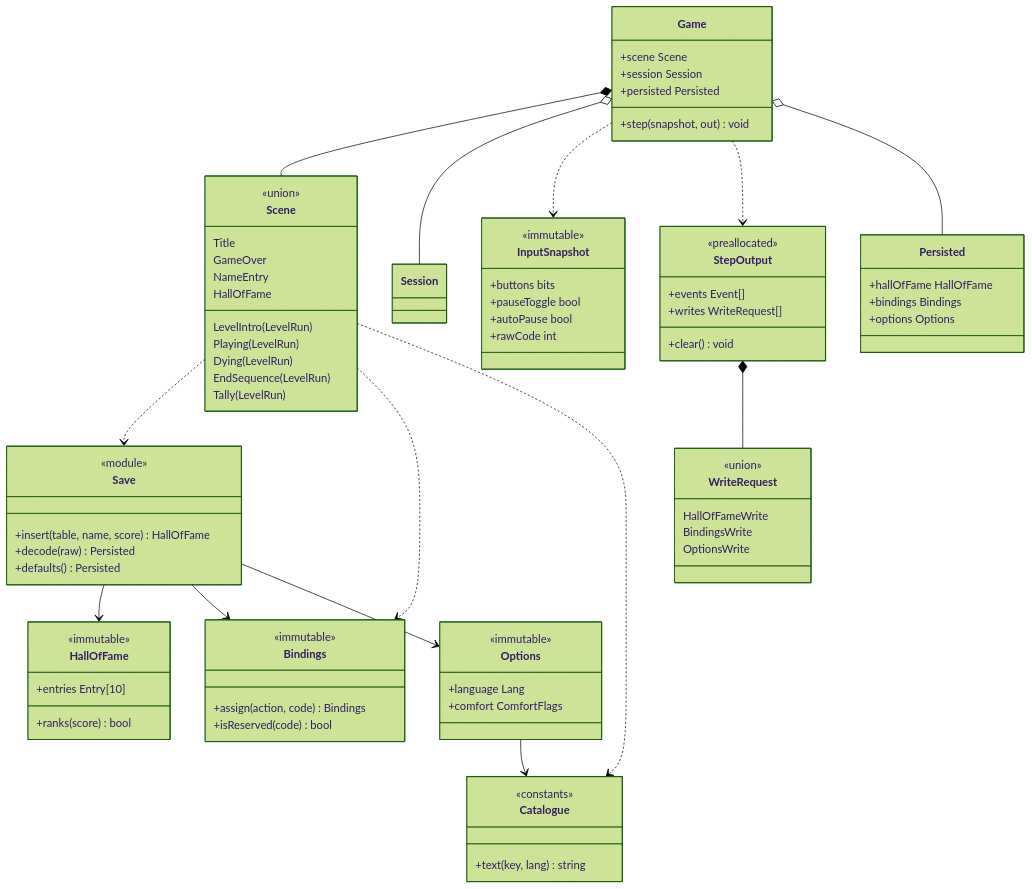
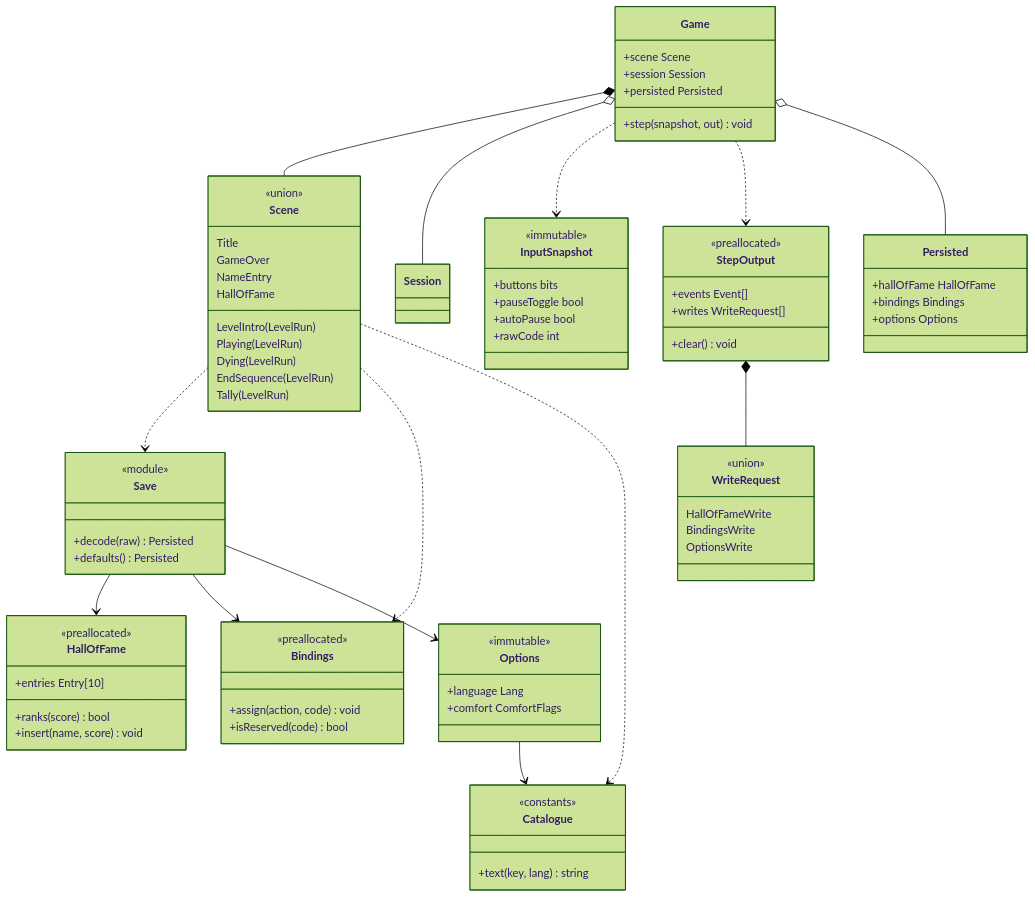
One commit to benoit-bremaud/retro-plumber changed the diagram in docs/architecture/diagrams/meta/15-class-meta.md. Above: the diagram before and after it, drawn with Mermaid (forest theme). The commit also changed other lines of this file and 2 other files, not shown here.

Commit message:
docs(uml): in-place step flow, mutable records, Contacts and LevelRun scoring edges (#8)

```diff
--- a/docs/architecture/diagrams/meta/15-class-meta.md
+++ b/docs/architecture/diagrams/meta/15-class-meta.md
@@ -57,18 +57,18 @@
     }
     class Save {
         <<module>>
-        +insert(table, name, score) HallOfFame
         +decode(raw) Persisted
         +defaults() Persisted
     }
     class HallOfFame {
-        <<immutable>>
+        <<preallocated>>
         +entries Entry[10]
         +ranks(score) bool
+        +insert(name, score) void
     }
     class Bindings {
-        <<immutable>>
-        +assign(action, code) Bindings
+        <<preallocated>>
+        +assign(action, code) void
         +isReserved(code) bool
     }
     class Options {
```
